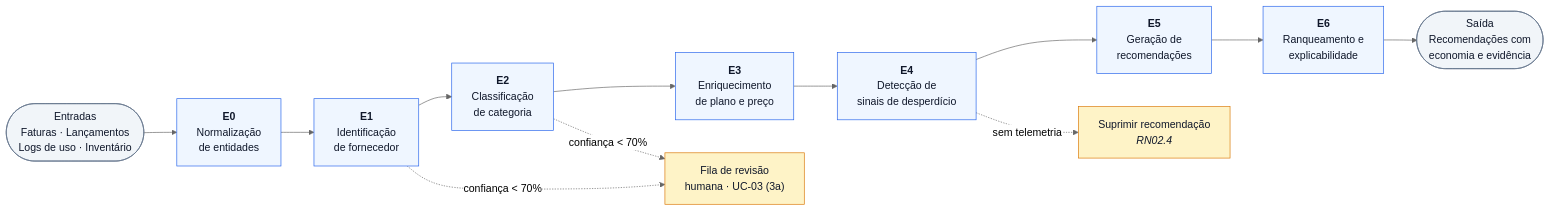
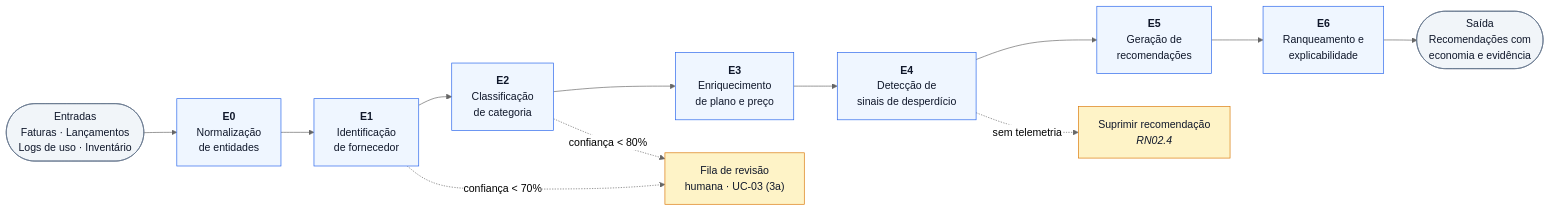
One commit to ES-2026-2/PS changed the first of 5 diagrams in semana-04/entregavel-01-fluxogramas-motor-ia-algoritmo-consolidacao.md. Above: the diagram before and after it, drawn with Mermaid (neutral theme). The commit also changed other lines of this file and 1 other file, not shown here.

Commit message:
Update remaining E2 threshold references from 70% to 80% per DEC-44

````diff
--- a/semana-04/entregavel-01-fluxogramas-motor-ia-algoritmo-consolidacao.md
+++ b/semana-04/entregavel-01-fluxogramas-motor-ia-algoritmo-consolidacao.md
@@ -35,24 +35,24 @@
 ```mermaid
 flowchart LR
     IN(["Entradas<br/>Faturas · Lançamentos<br/>Logs de uso · Inventário"])
 
     IN --> E0["<b>E0</b><br/>Normalização<br/>de entidades"]
     E0 --> E1["<b>E1</b><br/>Identificação<br/>de fornecedor"]
     E1 --> E2["<b>E2</b><br/>Classificação<br/>de categoria"]
     E2 --> E3["<b>E3</b><br/>Enriquecimento<br/>de plano e preço"]
     E3 --> E4["<b>E4</b><br/>Detecção de<br/>sinais de desperdício"]
     E4 --> E5["<b>E5</b><br/>Geração de<br/>recomendações"]
     E5 --> E6["<b>E6</b><br/>Ranqueamento e<br/>explicabilidade"]
     E6 --> OUT(["Saída<br/>Recomendações com<br/>economia e evidência"])
 
     E1 -.->|"confiança < 70%"| REV["Fila de revisão<br/>humana · UC-03 (3a)"]
-    E2 -.->|"confiança < 70%"| REV
+    E2 -.->|"confiança < 80%"| REV
     E4 -.->|"sem telemetria"| SUP["Suprimir recomendação<br/><i>RN02.4</i>"]
 
     classDef estagio fill:#EFF6FF,stroke:#2563EB,color:#0F172A
     classDef io fill:#F1F5F9,stroke:#64748B,color:#0F172A
     classDef guard fill:#FEF3C7,stroke:#D97706,color:#0F172A
     class E0,E1,E2,E3,E4,E5,E6 estagio
     class IN,OUT io
     class REV,SUP guard
 ```
````
